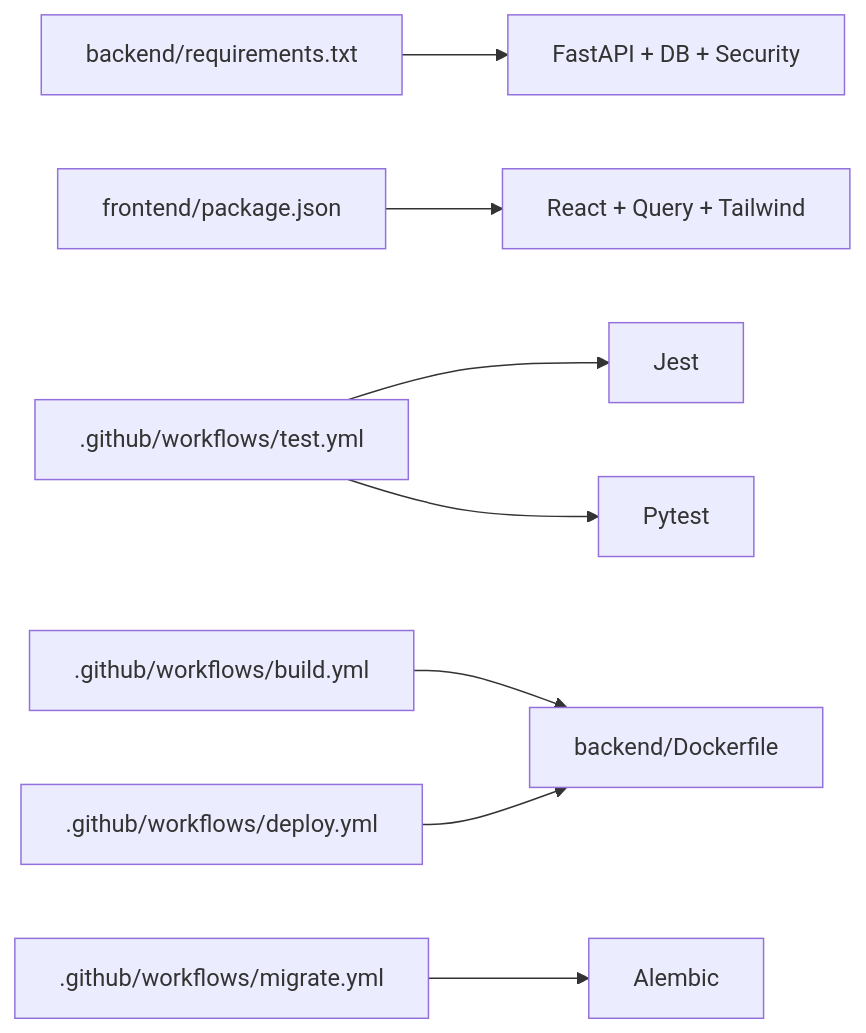
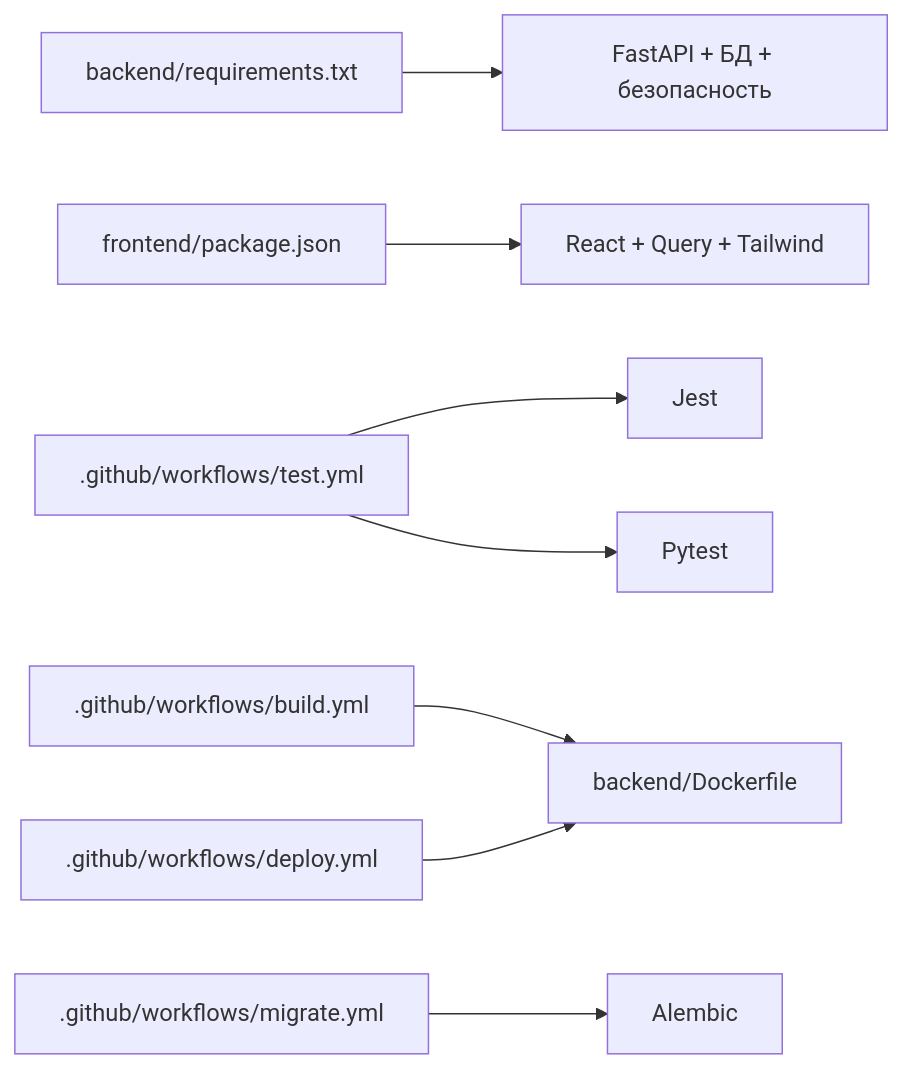
One commit to nilsnavi/fit_trackerpro changed the fifth of 5 diagrams in .qoder/repowiki/en/content/Development Guidelines & Contributing.md. Above: the diagram before and after it, drawn with Mermaid. The commit also changed other lines of this file and 11 other files, not shown here.

````diff
--- a/.qoder/repowiki/en/content/Development Guidelines & Contributing.md
+++ b/.qoder/repowiki/en/content/Development Guidelines & Contributing.md
@@ -225,10 +231,10 @@
 ```mermaid
 graph LR
-BE_Req["backend/requirements.txt"] --> BE_Core["FastAPI + DB + Security"]
+BE_Req["backend/requirements.txt"] --> BE_Core["FastAPI + БД + безопасность"]
 FE_Pkg["frontend/package.json"] --> FE_Core["React + Query + Tailwind"]
 GHA_Test[".github/workflows/test.yml"] --> FE_Tests["Jest"]
 GHA_Test --> BE_Tests["Pytest"]
 GHA_Build[".github/workflows/build.yml"] --> Docker_BE["backend/Dockerfile"]
 GHA_Deploy[".github/workflows/deploy.yml"] --> Docker_BE
 GHA_Migrate[".github/workflows/migrate.yml"] --> BE_Alembic["Alembic"]
 ```
````
